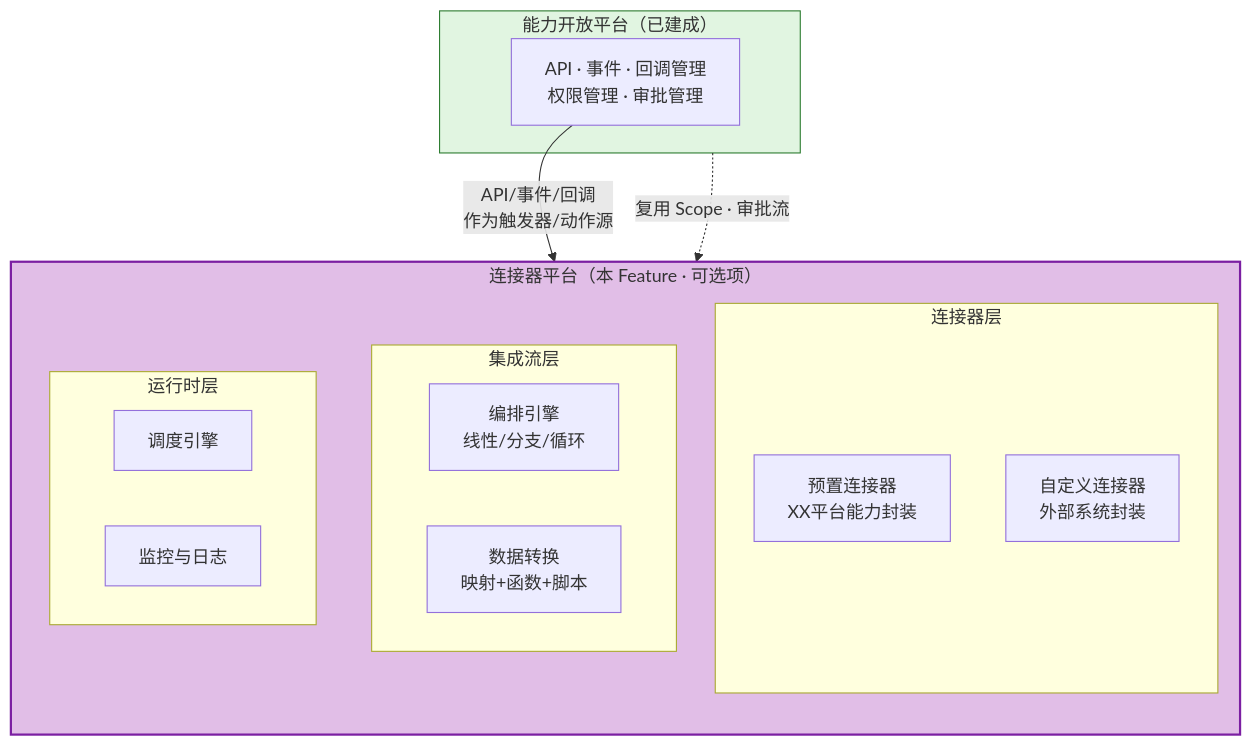
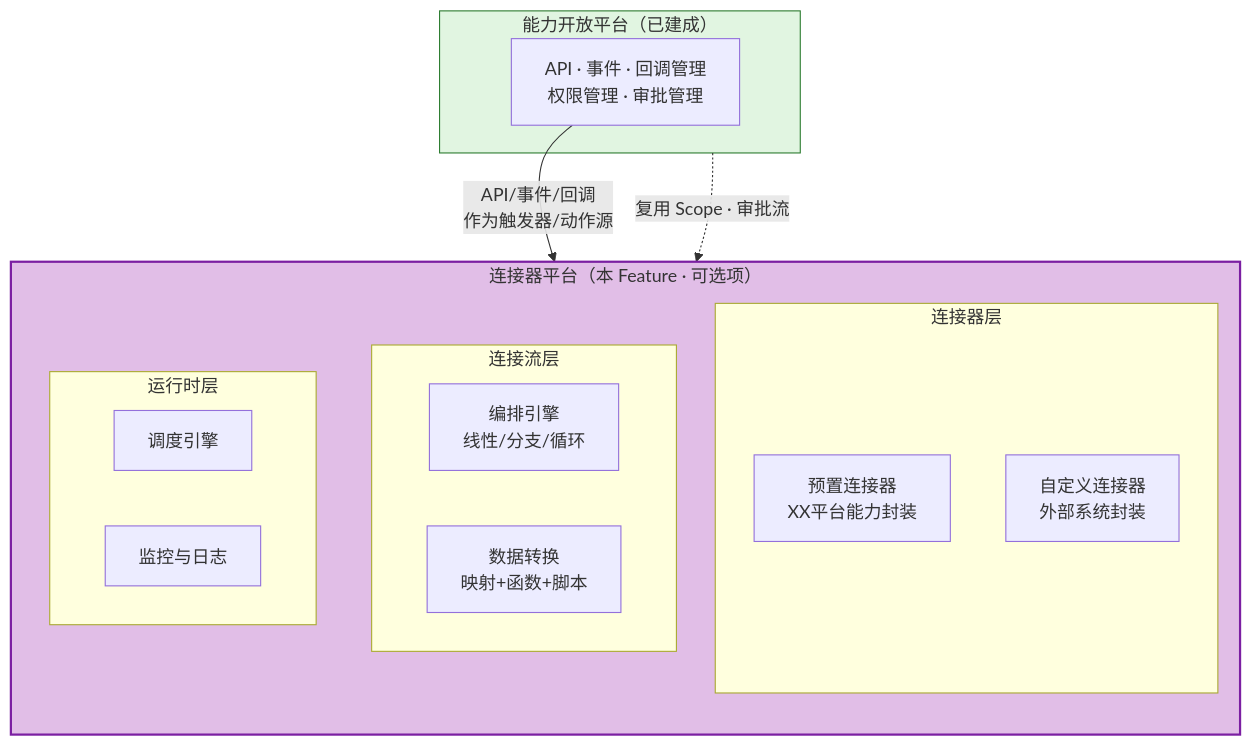
One commit to THZSummer/open-app changed the tenth of 10 diagrams in .sddu/specs-tree-root/specs-tree-connector-platform/discovery-report.md. Above: the diagram before and after it, drawn with Mermaid. The commit also changed other lines of this file, not shown here.

````diff
--- a/.sddu/specs-tree-root/specs-tree-connector-platform/discovery-report.md
+++ b/.sddu/specs-tree-root/specs-tree-connector-platform/discovery-report.md
@@ -488,28 +488,28 @@
 ```mermaid
 flowchart TB
     subgraph ConnPlat["连接器平台（本 Feature · 可选项）"]
         direction TB
         subgraph CL["连接器层"]
             CL1[预置连接器<br/>XX平台能力封装]
             CL2[自定义连接器<br/>外部系统封装]
         end
-        subgraph FL["集成流层"]
+        subgraph FL["连接流层"]
             FL1[编排引擎<br/>线性/分支/循环]
             FL2[数据转换<br/>映射+函数+脚本]
         end
         subgraph RT["运行时层"]
             RT1[调度引擎]
             RT2[监控与日志]
         end
     end
     
     subgraph CapPlat["能力开放平台（已建成）"]
         Cap_Node[API · 事件 · 回调管理<br/>权限管理 · 审批管理]
     end
     
     Cap_Node -->|API/事件/回调\n作为触发器/动作源| CL1
     CapPlat -.->|复用 Scope · 审批流| ConnPlat
     
     style ConnPlat fill:#e1bee7,stroke:#7b1fa2,stroke-width:2px
     style CapPlat fill:#e1f5e1,stroke:#2e7d32
 ```
````
